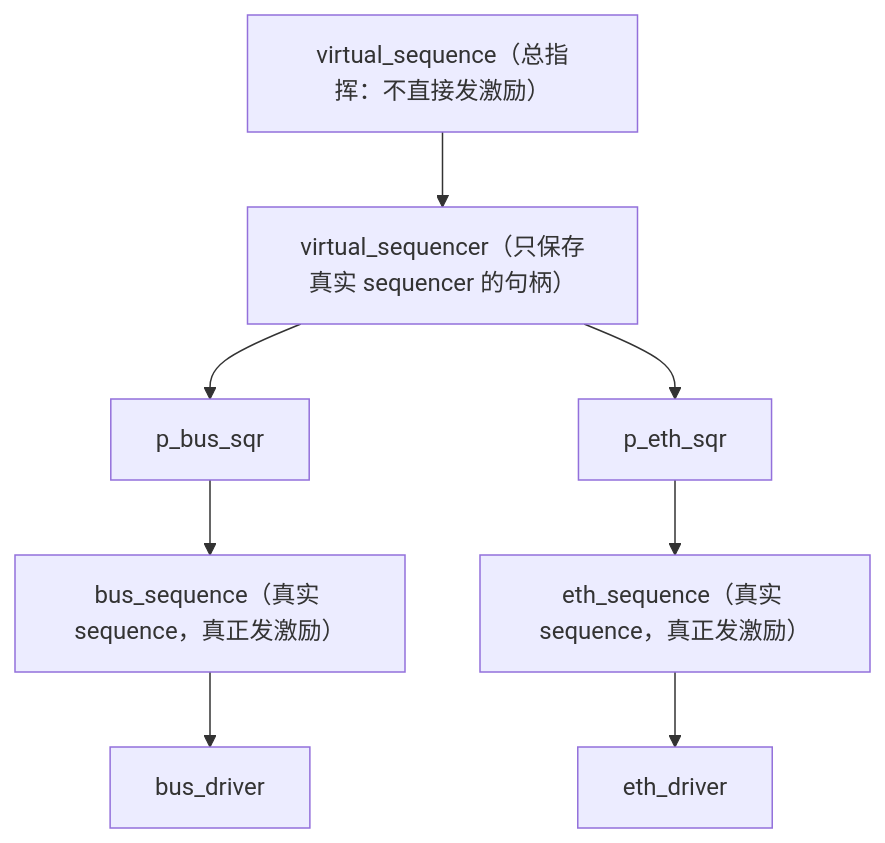
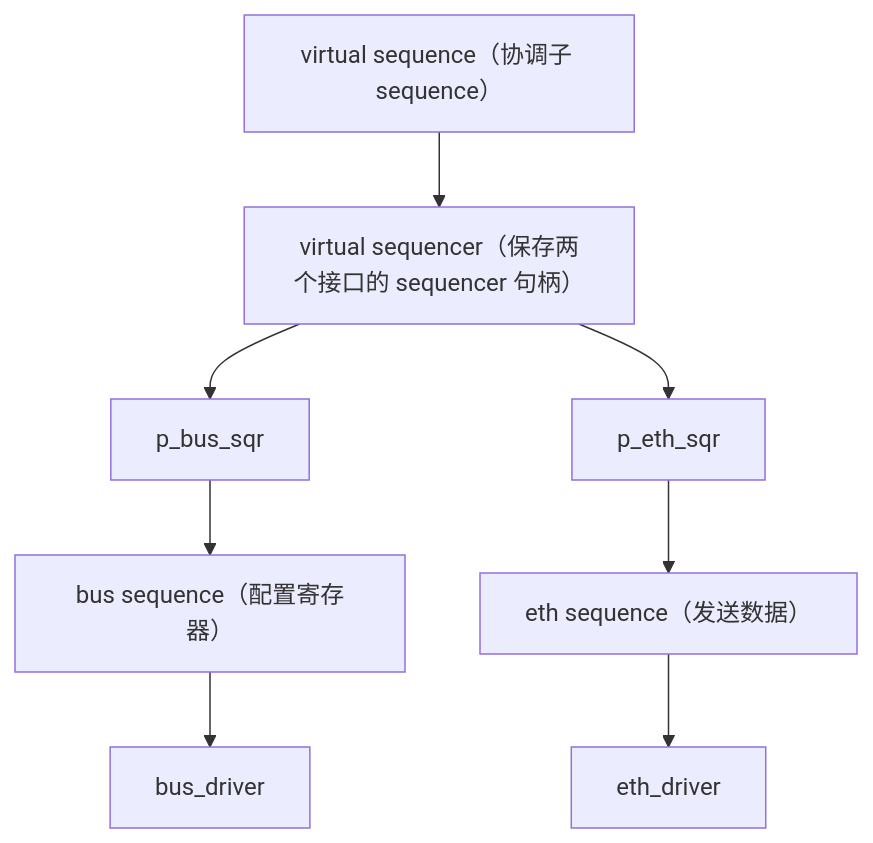
The first of 2 diagrams in uvm学习笔记/uvm_ch6学习笔记.md (qingxuanxx/sv_uvm_axi_notes), drawn with Mermaid before and after one commit. The commit also changed other lines of this file and 32 other files, not shown here.

````diff
--- a/uvm学习笔记/uvm_ch6学习笔记.md
+++ b/uvm学习笔记/uvm_ch6学习笔记.md
@@ -1012,10 +991,10 @@
 ```mermaid
 flowchart TD
-    VS["virtual_sequence（总指挥：不直接发激励）"] --> VSR["virtual_sequencer（只保存真实 sequencer 的句柄）"]
+    VS["virtual sequence（协调子 sequence）"] --> VSR["virtual sequencer（保存两个接口的 sequencer 句柄）"]
     VSR --> PB["p_bus_sqr"]
     VSR --> PE["p_eth_sqr"]
-    PB --> BS["bus_sequence（真实 sequence，真正发激励）"]
-    PE --> ES["eth_sequence（真实 sequence，真正发激励）"]
+    PB --> BS["bus sequence（配置寄存器）"]
+    PE --> ES["eth sequence（发送数据）"]
     BS --> BD["bus_driver"]
     ES --> ED["eth_driver"]
 ```
````
